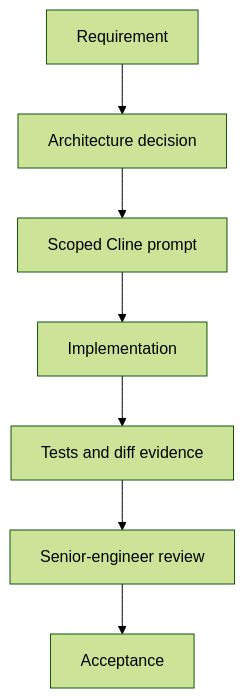
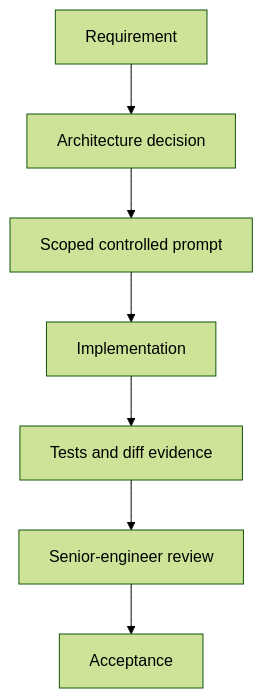
Before and after one commit to Dhanushreddyj/Dhanush-Rag: the fifth of 6 diagrams in README.md, drawn with Mermaid (forest theme). The commit also changed other lines of this file and 9 other files, not shown here.

````diff
--- a/README.md
+++ b/README.md
@@ -434,9 +435,9 @@
 ```mermaid
 flowchart TD
     Requirement["Requirement"] --> Decision["Architecture decision"]
-    Decision --> Prompt["Scoped Cline prompt"]
+    Decision --> Prompt["Scoped controlled prompt"]
     Prompt --> Implementation["Implementation"]
     Implementation --> Evidence["Tests and diff evidence"]
     Evidence --> Review["Senior-engineer review"]
     Review --> Acceptance["Acceptance"]
 ```
````
